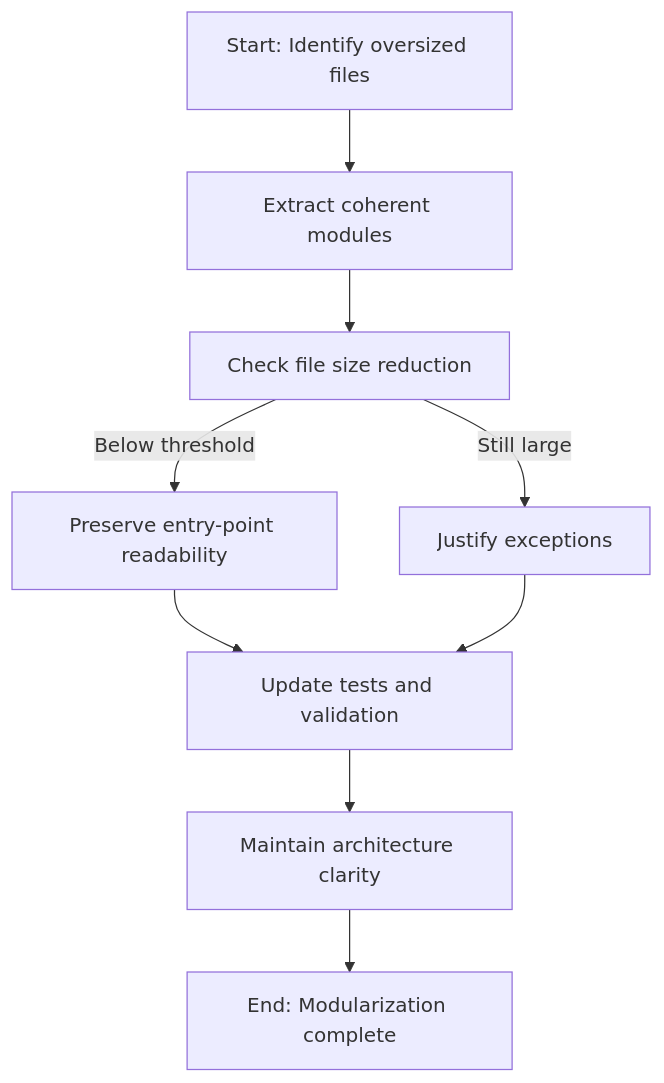
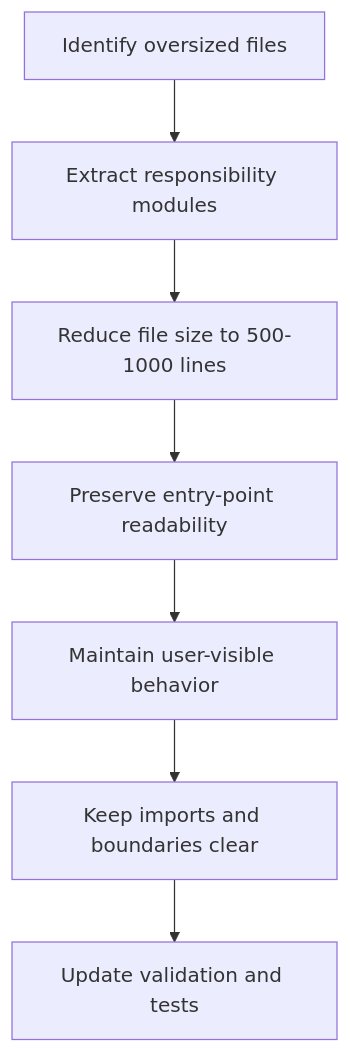
The diagram in logics/request/req_054_reduce_remaining_oversized_files_after_the_first_modularization_pass.md (AlexAgo83/logics-manager), drawn with Mermaid before and after one commit. The commit also changed 50 other files, not shown here.

````diff
--- a/logics/request/req_054_reduce_remaining_oversized_files_after_the_first_modularization_pass.md
+++ b/logics/request/req_054_reduce_remaining_oversized_files_after_the_first_modularization_pass.md
@@ -10,13 +10,11 @@
 ```mermaid
 %% logics-kind: request
 %% logics-signature: request|reduce-remaining-oversized-files-after-t|finish-the-modularization-effort-by-redu|ac1-each-targeted-file-is-reduced
 flowchart TD
-  A[Start: Identify oversized files] --> B[Extract coherent modules]
-  B --> C[Check file size reduction]
-  C -->|Below threshold| D[Preserve entry-point readability]
-  C -->|Still large| E[Justify exceptions]
-  D --> F[Update tests and validation]
-  E --> F
-  F --> G[Maintain architecture clarity]
-  G --> H[End: Modularization complete]
+  A[Identify oversized files] --> B[Extract responsibility modules]
+  B --> C[Reduce file size to 500-1000 lines]
+  C --> D[Preserve entry-point readability]
+  D --> E[Maintain user-visible behavior]
+  E --> F[Keep imports and boundaries clear]
+  F --> G[Update validation and tests]
 ```
````
